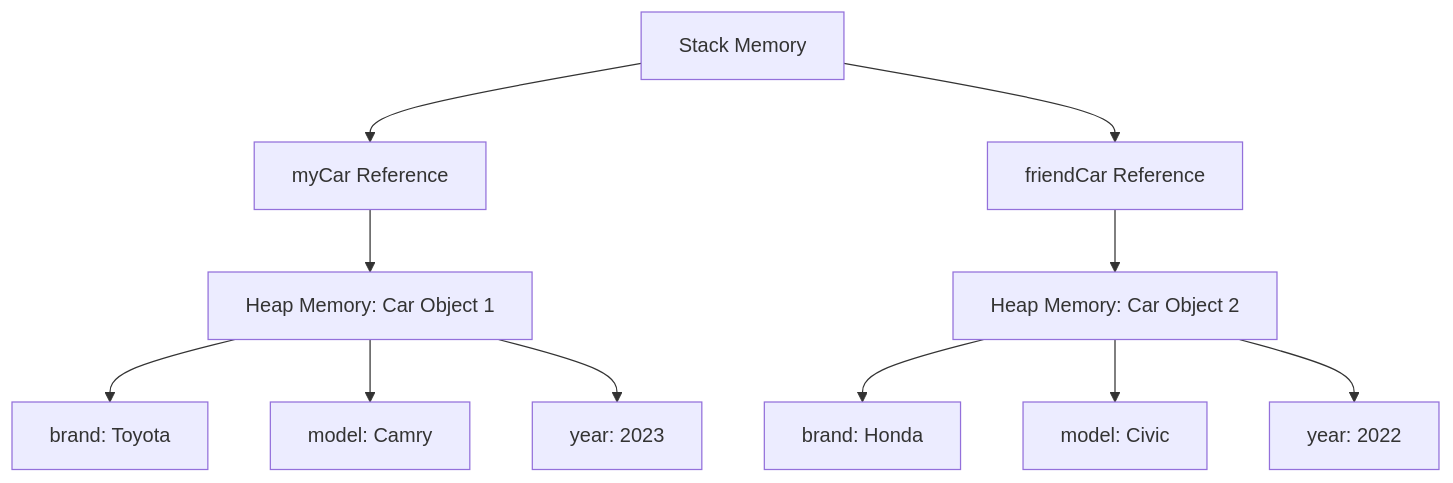
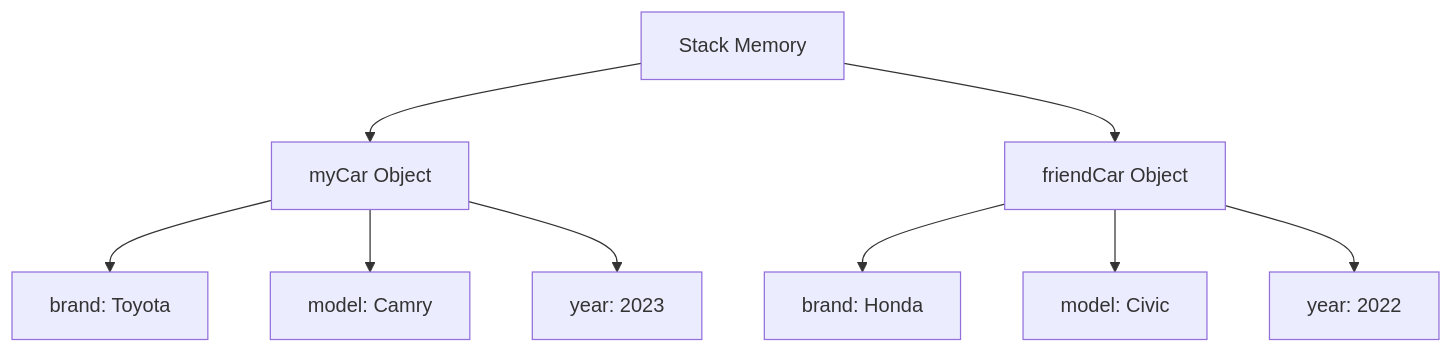
The second of 2 diagrams in topics/01-oop-fundamentals/classes-and-objects.md (KnowledgeCenterYoutube/LLD), drawn with Mermaid before and after one commit. The commit also changed other lines of this file and 3 other files, not shown here.

````diff
--- a/topics/01-oop-fundamentals/classes-and-objects.md
+++ b/topics/01-oop-fundamentals/classes-and-objects.md
@@ -67,13 +66,11 @@
 ```mermaid
 graph TD
-    A[Stack Memory] --> B[myCar Reference]
-    A --> C[friendCar Reference]
-    B --> D[Heap Memory: Car Object 1]
-    C --> E[Heap Memory: Car Object 2]
-    D --> F[brand: Toyota]
-    D --> G[model: Camry]
-    D --> H[year: 2023]
-    E --> I[brand: Honda]
-    E --> J[model: Civic]
-    E --> K[year: 2022]
+    A[Stack Memory] --> B[myCar Object]
+    A --> C[friendCar Object]
+    B --> D[brand: Toyota]
+    B --> E[model: Camry]
+    B --> F[year: 2023]
+    C --> G[brand: Honda]
+    C --> H[model: Civic]
+    C --> I[year: 2022]
 ```
````
